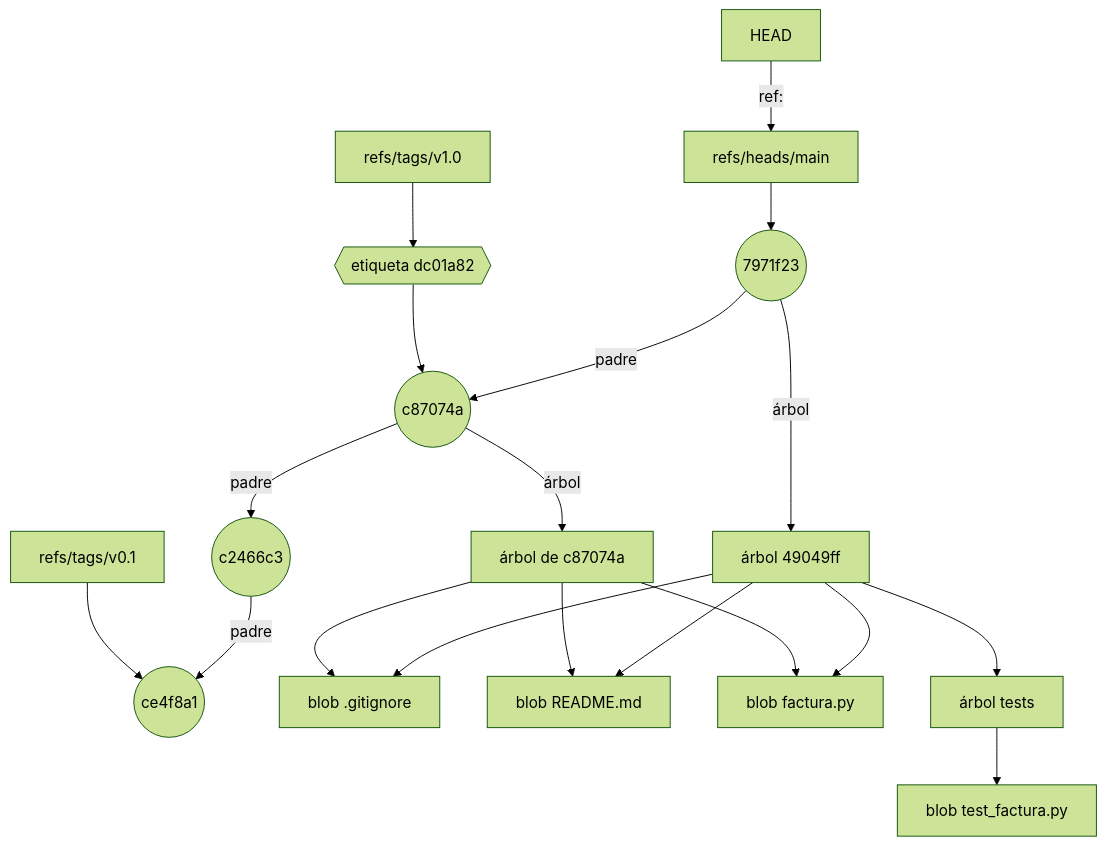
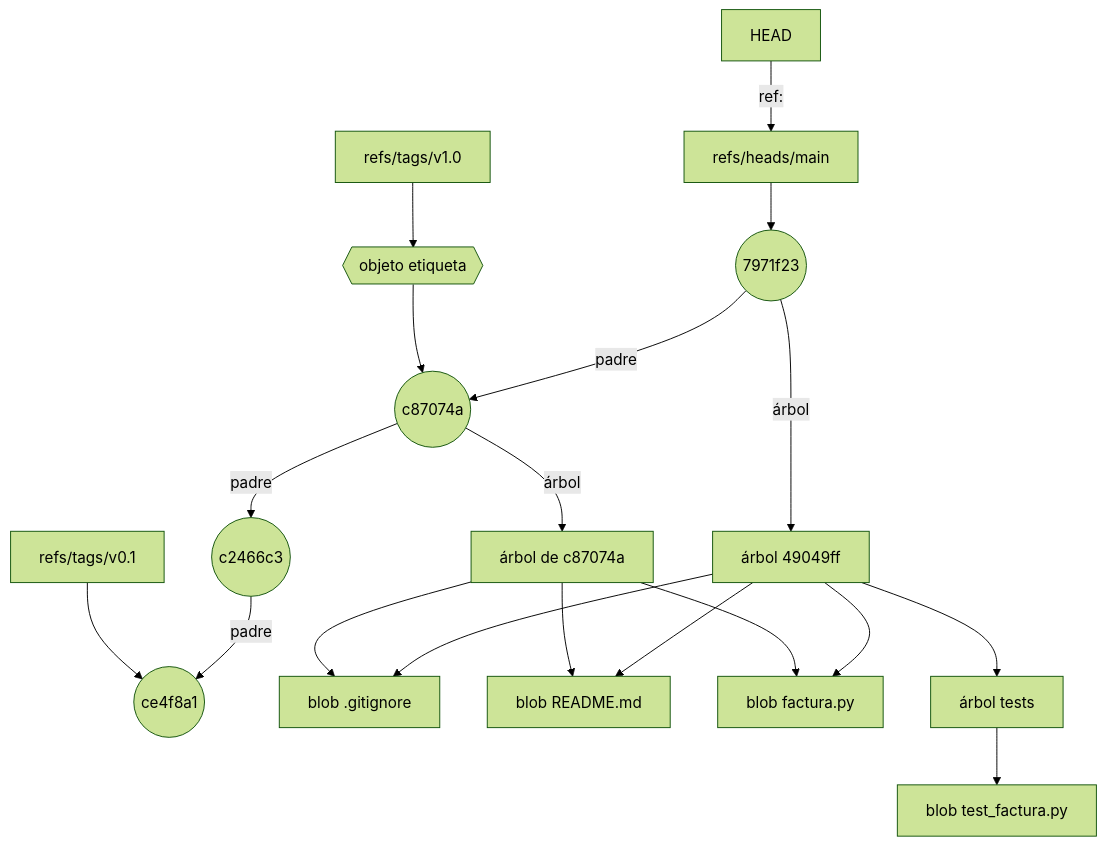
One commit to TizoG/libro_ingenieria_software changed diagram 13 of 14 in investigacion/cap-01/borrador.md. Above: the diagram before and after it, drawn with Mermaid (forest theme). The commit also changed other lines of this file and 3 other files, not shown here.

````diff
--- a/investigacion/cap-01/borrador.md
+++ b/investigacion/cap-01/borrador.md
@@ -959,21 +947,21 @@
 ```mermaid
 flowchart TB
     H["HEAD"] -- "ref:" --> M["refs/heads/main"]
     M --> C4(("7971f23"))
     C4 -- padre --> C3(("c87074a"))
     C3 -- padre --> C2(("c2466c3"))
     C2 -- padre --> C1(("ce4f8a1"))
-    V1["refs/tags/v1.0"] --> E{{"etiqueta dc01a82"}}
+    V1["refs/tags/v1.0"] --> E{{"objeto etiqueta"}}
     E --> C3
     V0["refs/tags/v0.1"] --> C1
     C4 -- árbol --> A4["árbol 49049ff"]
     C3 -- árbol --> A3["árbol de c87074a"]
     A4 --> G["blob .gitignore"]
     A4 --> R["blob README.md"]
     A4 --> F["blob factura.py"]
     A4 --> T["árbol tests"]
     T --> P["blob test_factura.py"]
     A3 --> G
     A3 --> R
     A3 --> F
 ```
````
